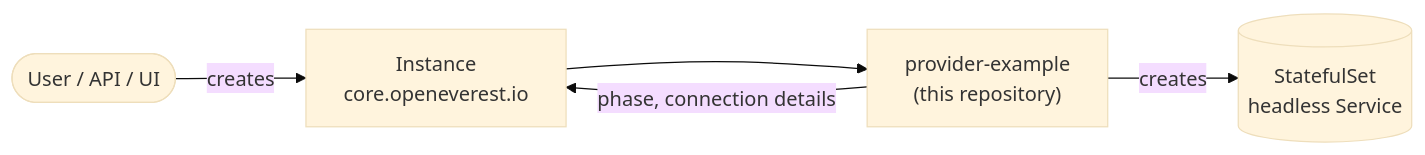
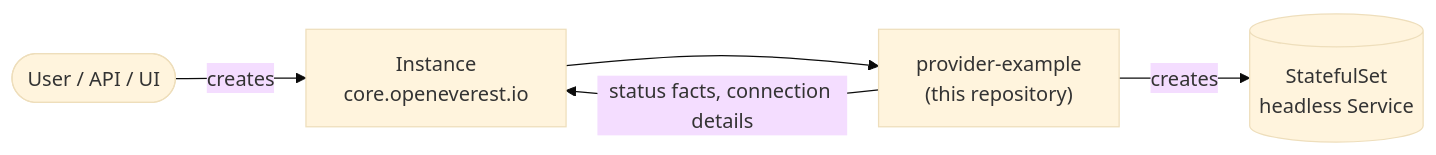
Before and after one commit to openeverest/provider-example: the diagram in README.md, drawn with Mermaid (base theme). The commit also changed other lines of this file and 1 other file, not shown here.

First line of the commit message:
docs: describe the fact-based Instance status

````diff
--- a/README.md
+++ b/README.md
@@ -23,7 +23,7 @@
 ```mermaid
 flowchart LR
     U([User / API / UI]) -->|creates| I["Instance<br/>core.openeverest.io"]
     I --> P["provider-example<br/>(this repository)"]
     P -->|creates| R[("StatefulSet<br/>headless Service")]
-    P -->|phase, connection details| I
+    P -->|status facts, connection details| I
 ```
````
